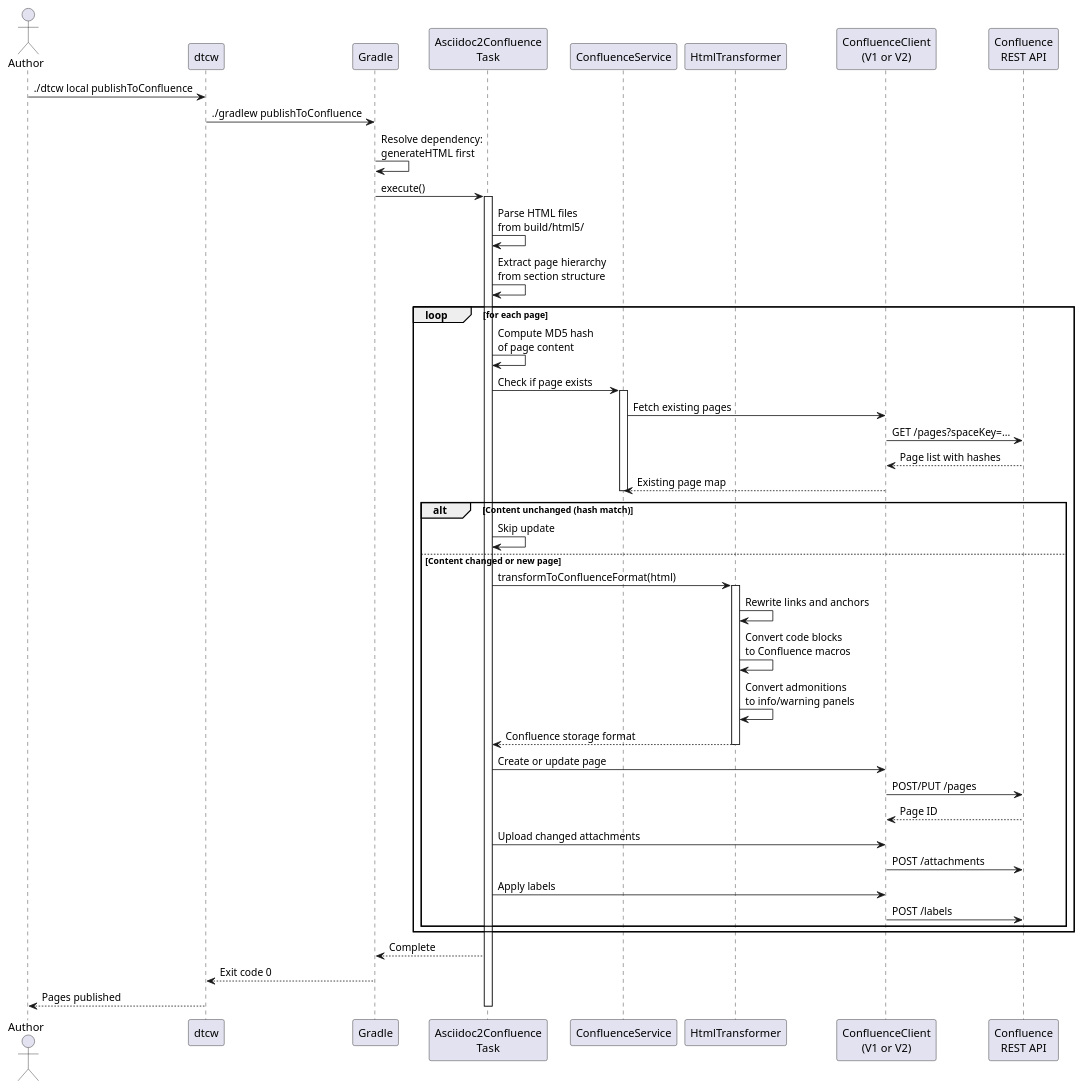
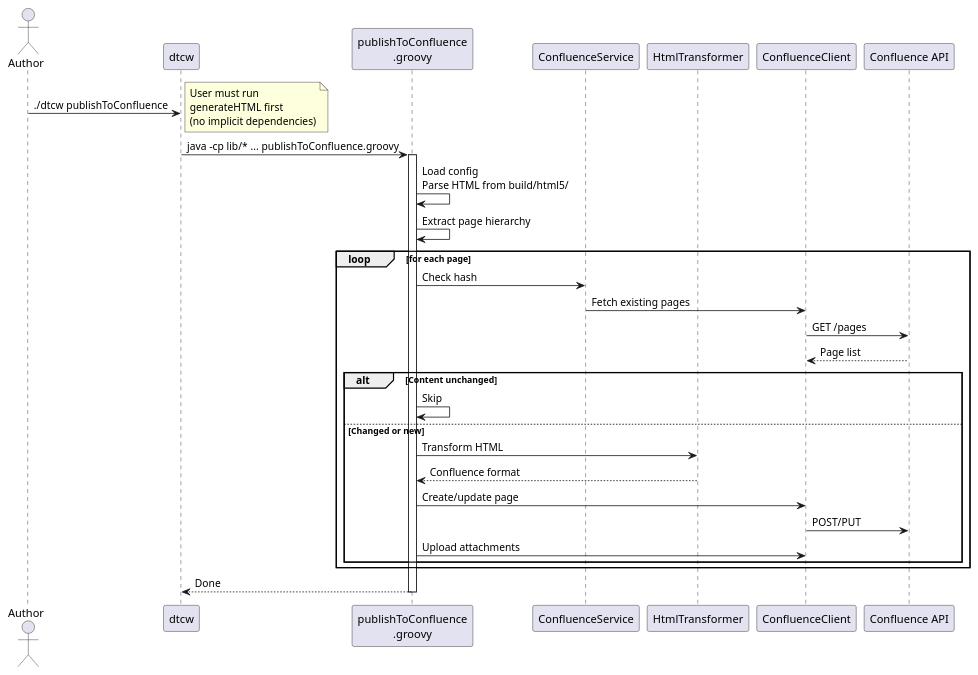
The second of 4 diagrams in src/docs/arc42/chapters/06_runtime_view.adoc (raifdmueller/docToolchain), drawn with PlantUML before and after one commit. The commit also changed other lines of this file and 31 other files, not shown here.

First line of the commit message:
docs: v4 architecture — PRD, specification, ADRs, quality scenarios

```diff
--- a/src/docs/arc42/chapters/06_runtime_view.adoc
+++ b/src/docs/arc42/chapters/06_runtime_view.adoc
@@ -71,60 +57,40 @@
-[plantuml,runtime-confluence,png]
+[plantuml,runtime-confluence-v4,png]
 ----
 @startuml
 actor "Author" as user
 participant "dtcw" as dtcw
-participant "Gradle" as gradle
-participant "Asciidoc2Confluence\nTask" as task
+participant "publishToConfluence\n.groovy" as script
 participant "ConfluenceService" as svc
 participant "HtmlTransformer" as trans
-participant "ConfluenceClient\n(V1 or V2)" as client
-participant "Confluence\nREST API" as api
+participant "ConfluenceClient" as client
+participant "Confluence API" as api
 
-user -> dtcw : ./dtcw local publishToConfluence
-dtcw -> gradle : ./gradlew publishToConfluence
-gradle -> gradle : Resolve dependency:\ngenerateHTML first
-gradle -> task : execute()
-activate task
+user -> dtcw : ./dtcw publishToConfluence
+note right: User must run\ngenerateHTML first\n(no implicit dependencies)
+dtcw -> script : java -cp lib/* ... publishToConfluence.groovy
+activate script
 
-task -> task : Parse HTML files\nfrom build/html5/
-task -> task : Extract page hierarchy\nfrom section structure
+script -> script : Load config\nParse HTML from build/html5/
+script -> script : Extract page hierarchy
 
 loop for each page
-    task -> task : Compute MD5 hash\nof page content
-    task -> svc : Check if page exists
-    activate svc
+    script -> svc : Check hash
     svc -> client : Fetch existing pages
-    client -> api : GET /pages?spaceKey=...
-    api --> client : Page list with hashes
-    client --> svc : Existing page map
-    deactivate svc
+    client -> api : GET /pages
+    api --> client : Page list
 
-    alt Content unchanged (hash match)
-        task -> task : Skip update
-    else Content changed or new page
-        task -> trans : transformToConfluenceFormat(html)
-        activate trans
-        trans -> trans : Rewrite links and anchors
-        trans -> trans : Convert code blocks\nto Confluence macros
-        trans -> trans : Convert admonitions\nto info/warning panels
-        trans --> task : Confluence storage format
-        deactivate trans
-
-        task -> client : Create or update page
-        client -> api : POST/PUT /pages
-        api --> client : Page ID
-
-        task -> client : Upload changed attachments
-        client -> api : POST /attachments
-
-        task -> client : Apply labels
-        client -> api : POST /labels
+    alt Content unchanged
+        script -> script : Skip
+    else Changed or new
+        script -> trans : Transform HTML
+        trans --> script : Confluence format
+        script -> client : Create/update page
+        client -> api : POST/PUT
+        script -> client : Upload attachments
     end
 end
 
-task --> gradle : Complete
-gradle --> dtcw : Exit code 0
-dtcw --> user : Pages published
-deactivate task
+script --> dtcw : Done
+deactivate script
 @enduml
 ----
```
